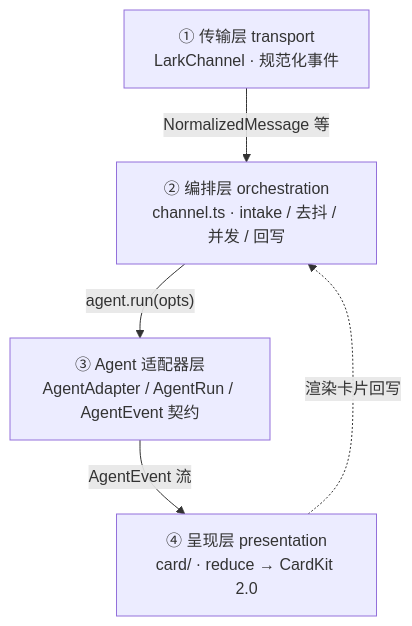
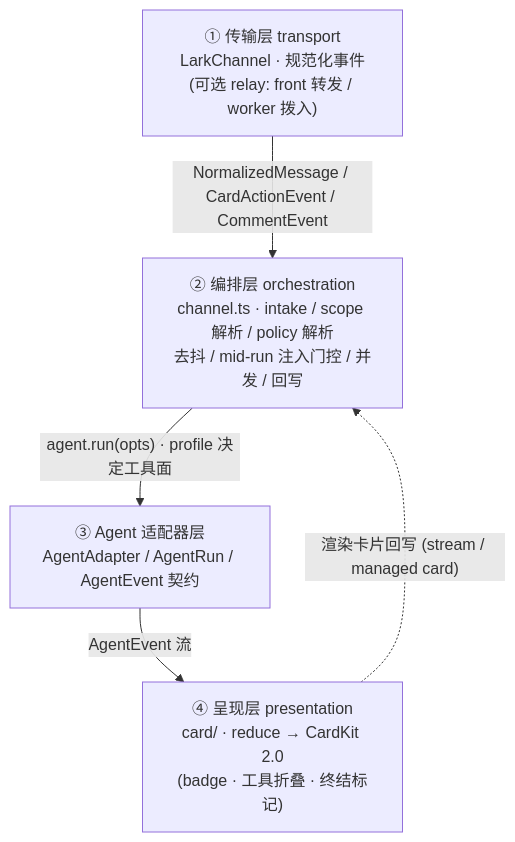
One commit to sorphwer/feishu-omp-bridge changed the first of 4 diagrams in how-it-works/01-overview-and-architecture.md. Above: the diagram before and after it, drawn with Mermaid. The commit also changed other lines of this file and 12 other files, not shown here.

````diff
--- a/how-it-works/01-overview-and-architecture.md
+++ b/how-it-works/01-overview-and-architecture.md
@@ -15,11 +15,11 @@
 ```mermaid
 flowchart TD
-  T["① 传输层 transport<br/>LarkChannel · 规范化事件"]
-  O["② 编排层 orchestration<br/>channel.ts · intake / 去抖 / 并发 / 回写"]
+  T["① 传输层 transport<br/>LarkChannel · 规范化事件<br/>(可选 relay: front 转发 / worker 拨入)"]
+  O["② 编排层 orchestration<br/>channel.ts · intake / scope 解析 / policy 解析<br/>去抖 / mid-run 注入门控 / 并发 / 回写"]
   A["③ Agent 适配器层<br/>AgentAdapter / AgentRun / AgentEvent 契约"]
-  P["④ 呈现层 presentation<br/>card/ · reduce → CardKit 2.0"]
-  T -->|"NormalizedMessage 等"| O
-  O -->|"agent.run(opts)"| A
+  P["④ 呈现层 presentation<br/>card/ · reduce → CardKit 2.0<br/>(badge · 工具折叠 · 终结标记)"]
+  T -->|"NormalizedMessage / CardActionEvent / CommentEvent"| O
+  O -->|"agent.run(opts) · profile 决定工具面"| A
   A -->|"AgentEvent 流"| P
-  P -.->|"渲染卡片回写"| O
+  P -.->|"渲染卡片回写 (stream / managed card)"| O
 ```
````
